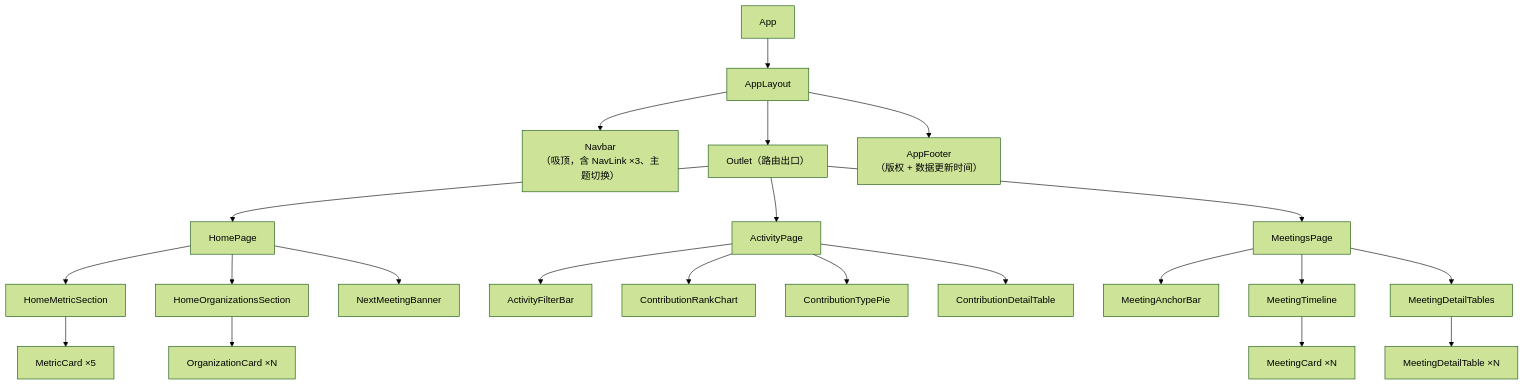
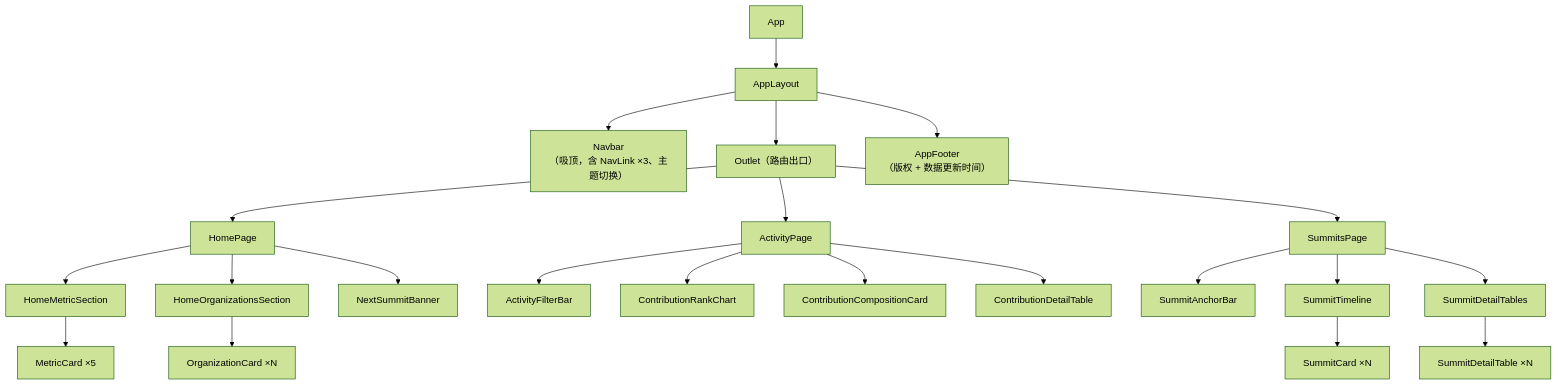
One commit to XunliYang/openan-operation-insights changed the diagram in docs/02-frontend-design.md. Above: the diagram before and after it, drawn with Mermaid (forest theme). The commit also changed other lines of this file and 152 other files, not shown here.

````diff
--- a/docs/02-frontend-design.md
+++ b/docs/02-frontend-design.md
@@ -211,24 +218,24 @@
 ```mermaid
 flowchart TB
   A["App"] --> B["AppLayout"]
   B --> N["Navbar<br/>（吸顶，含 NavLink ×3、主题切换）"]
   B --> O["Outlet（路由出口）"]
   B --> F["AppFooter<br/>（版权 + 数据更新时间）"]
 
   O --> P1["HomePage"]
   O --> P2["ActivityPage"]
-  O --> P3["MeetingsPage"]
+  O --> P3["SummitsPage"]
 
   P1 --> S11["HomeMetricSection"] --> C1["MetricCard ×5"]
   P1 --> S12["HomeOrganizationsSection"] --> C2["OrganizationCard ×N"]
-  P1 --> S13["NextMeetingBanner"]
+  P1 --> S13["NextSummitBanner"]
 
   P2 --> S21["ActivityFilterBar"]
   P2 --> S22["ContributionRankChart"]
-  P2 --> S23["ContributionTypePie"]
+  P2 --> S23["ContributionCompositionCard"]
   P2 --> S24["ContributionDetailTable"]
 
-  P3 --> S31["MeetingAnchorBar"]
-  P3 --> S32["MeetingTimeline"] --> C3["MeetingCard ×N"]
-  P3 --> S33["MeetingDetailTables"] --> C4["MeetingDetailTable ×N"]
+  P3 --> S31["SummitAnchorBar"]
+  P3 --> S32["SummitTimeline"] --> C3["SummitCard ×N"]
+  P3 --> S33["SummitDetailTables"] --> C4["SummitDetailTable ×N"]
 ```
````
